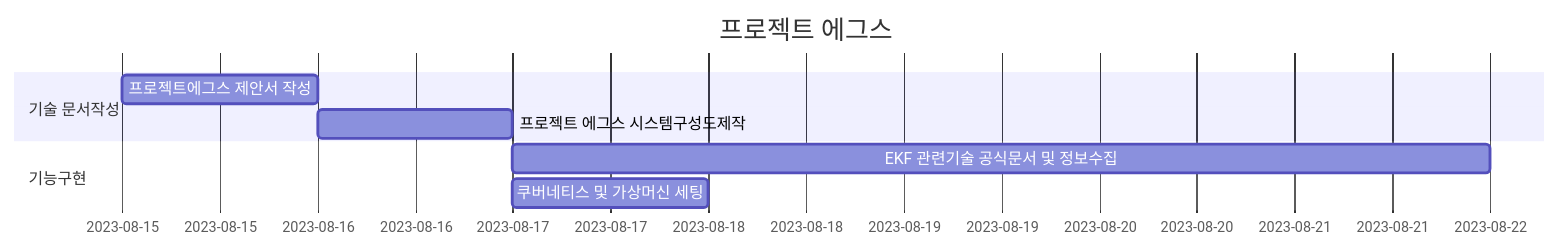
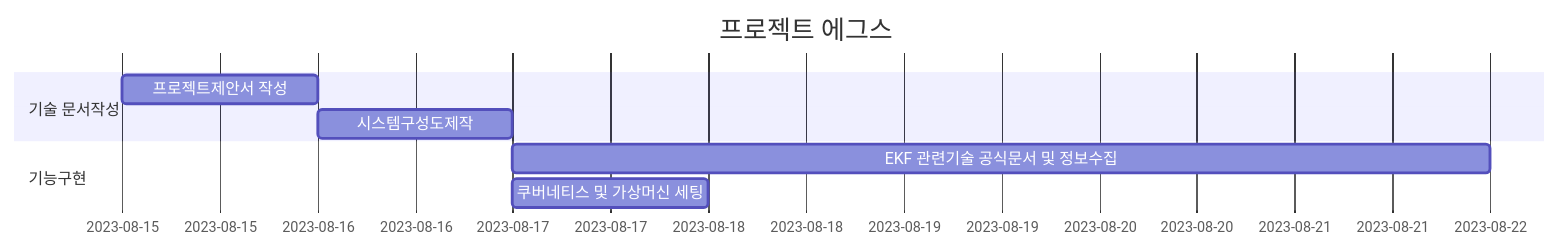
One commit to minjunkim5876/project_eggs changed the diagram in README.md. Above: the diagram before and after it, drawn with Mermaid.

Commit message:
ㅇ

````diff
--- a/README.md
+++ b/README.md
@@ -4,12 +4,12 @@
 ```mermaid
 gantt
     title 프로젝트 에그스
     dateFormat  YYYY-MM-DD
     section 기술 문서작성
-    프로젝트에그스 제안서 작성  : a1, 2023-8-15, 1d
-    프로젝트 에그스 시스템구성도제작  : 2023-8-16, 1d
+    프로젝트제안서 작성  : a1, 2023-8-15, 1d
+    시스템구성도제작  : 2023-8-16, 1d
 
     section 기능구현
     EKF 관련기술 공식문서 및 정보수집     : 2023-8-17  , 5d
     쿠버네티스 및 가상머신 세팅 : 2023-8-17,  1d
 ```
````
